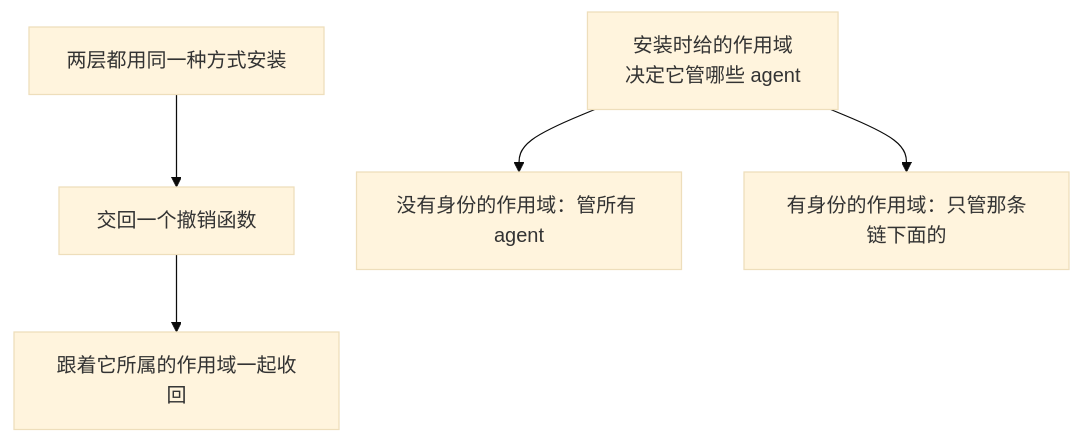
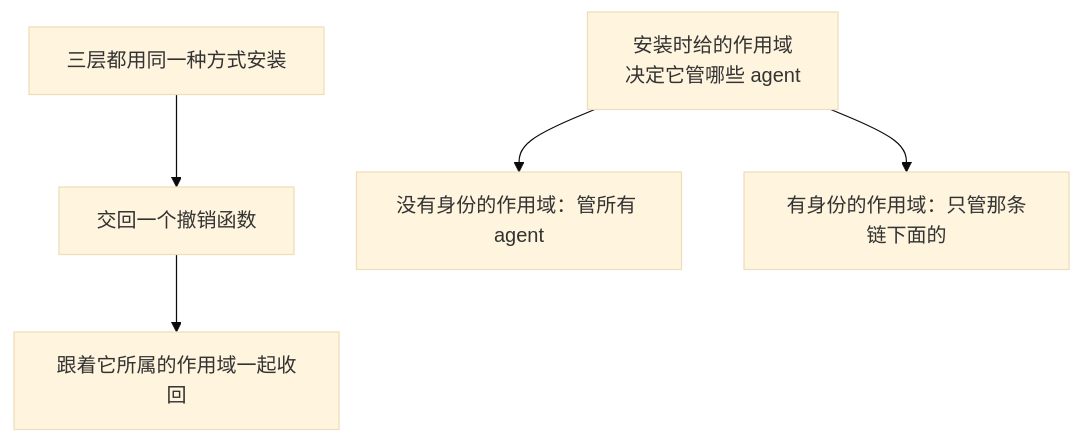
Before and after one commit to snight1983/ds-harness-go: diagram 33 of 38 in docs/modules/guards.md, drawn with Mermaid (base theme). The commit also changed other lines of this file and 50 other files, not shown here.

First line of the commit message:
feat: 完善会话持久化、图片请求与工具防护

````diff
--- a/docs/modules/guards.md
+++ b/docs/modules/guards.md
@@ -312,7 +426,7 @@
 ```mermaid
 flowchart TD
-    A["两层都用同一种方式安装"] --> B["交回一个撤销函数"]
+    A["三层都用同一种方式安装"] --> B["交回一个撤销函数"]
     B --> C["跟着它所属的作用域一起收回"]
     D["安装时给的作用域<br/>决定它管哪些 agent"] --> E["没有身份的作用域：管所有 agent"]
     D --> F["有身份的作用域：只管那条链下面的"]
 ```
````
